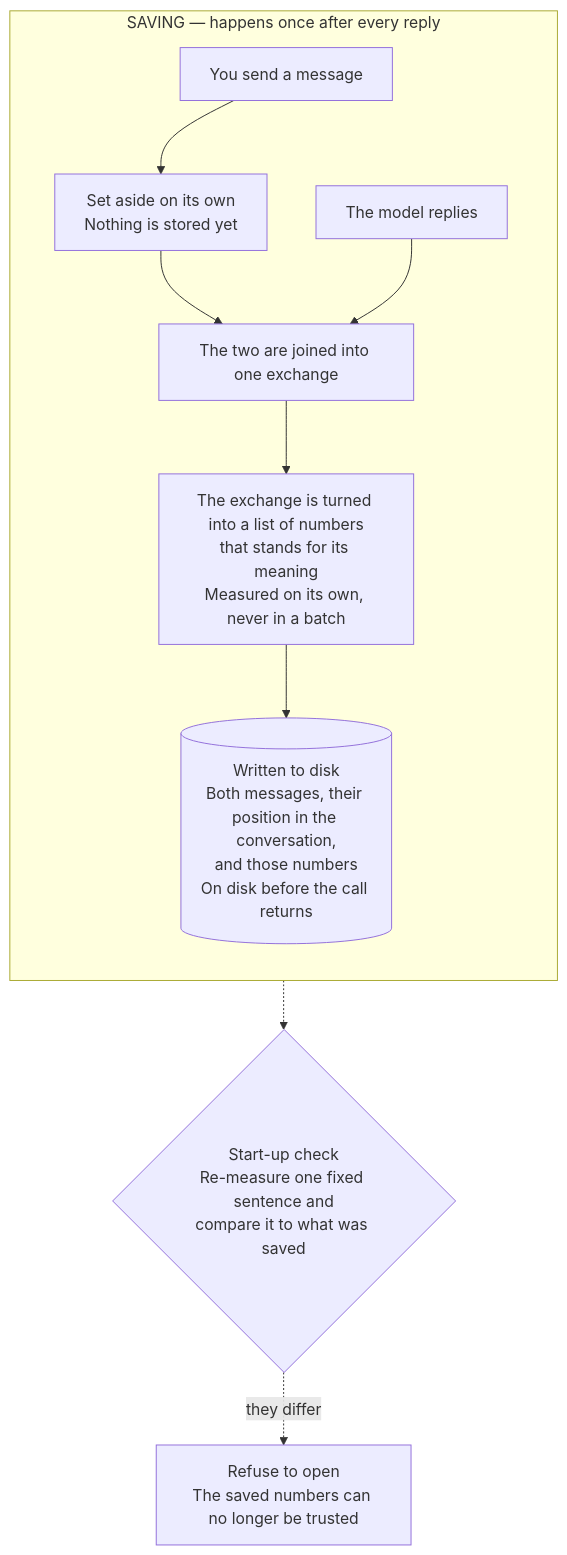
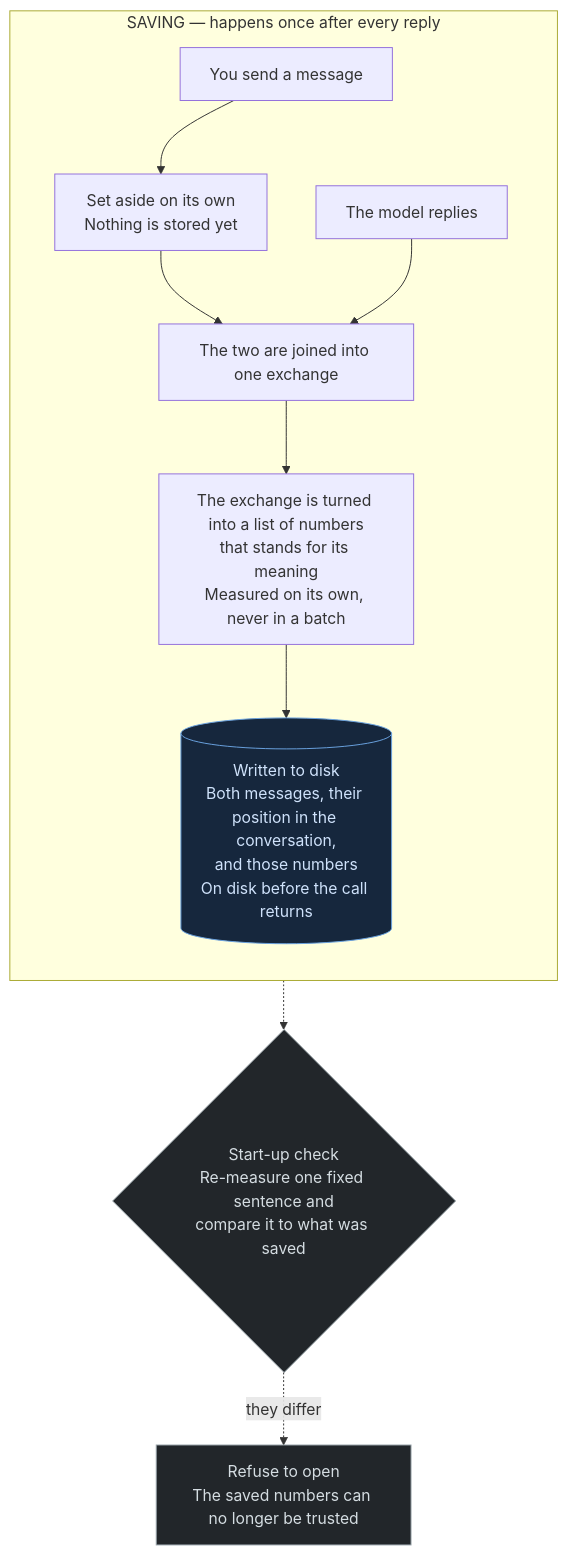
The diagram in docs/diagrams/how_it_works_saving.mmd (IdrisAppliedAIResearch/contextDecayWindow), drawn with Mermaid before and after one commit. The commit also changed 4 other files, not shown here.

First line of the commit message:
Diagrams: dark canvas, and the styles moved to the file that owns the nodes

```diff
--- a/docs/diagrams/how_it_works_saving.mmd
+++ b/docs/diagrams/how_it_works_saving.mmd
@@ -1,15 +1,21 @@
 flowchart TD
 
     subgraph WRITE["SAVING — happens once after every reply"]
         direction TB
         UM["You send a message"]
         AM["The model replies"]
         UM --> PEND["Set aside on its own<br/>Nothing is stored yet"]
         UM ~~~ AM
         PEND --> FORM["The two are joined into one exchange"]
         AM --> FORM
         FORM --> EMBW["The exchange is turned into a list of numbers<br/>that stands for its meaning<br/>Measured on its own, never in a batch"]
         EMBW --> STORE[("Written to disk<br/>Both messages, their position in the conversation,<br/>and those numbers<br/>On disk before the call returns")]
     end
     STORE -.-> GATE{"Start-up check<br/>Re-measure one fixed sentence and<br/>compare it to what was saved"}
     GATE -.->|"they differ"| HALT["Refuse to open<br/>The saved numbers can no longer be trusted"]
+
+    classDef store fill:#16273d,stroke:#6aa2e0,color:#cfe2fb;
+    classDef guard fill:#22262a,stroke:#9aa5ab,color:#d5dde2;
+
+    class STORE store;
+    class GATE,HALT guard;
```
